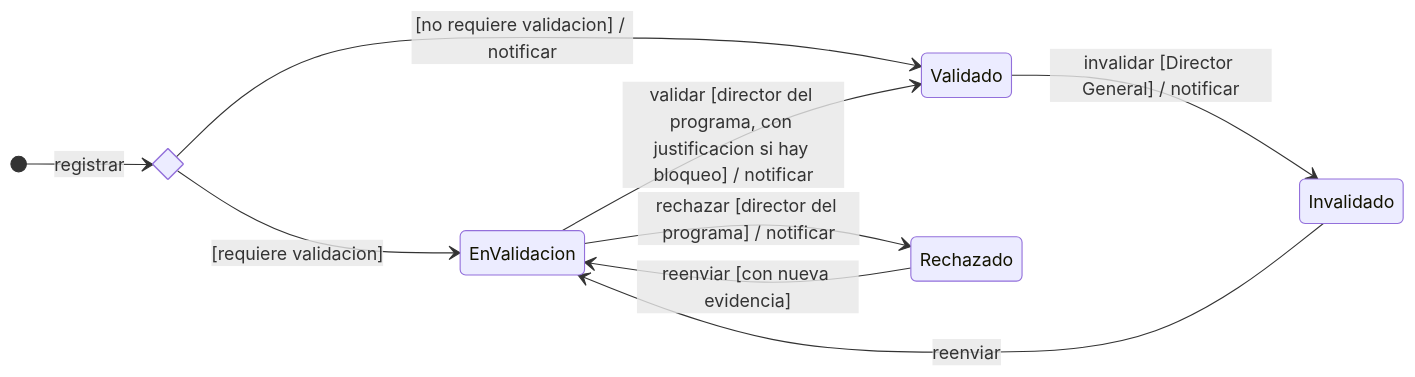
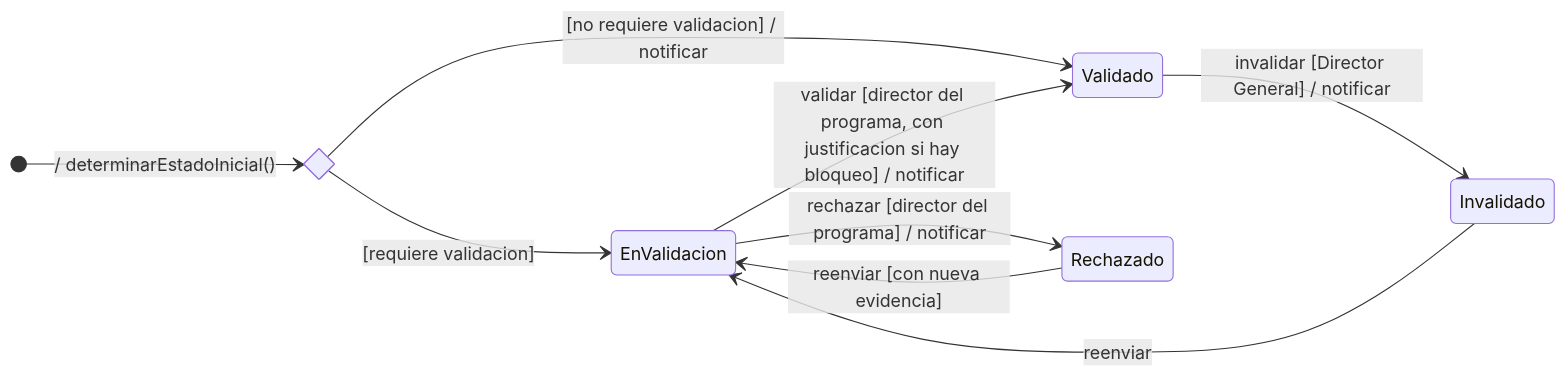
One commit to Victorflores06/PLEAS-Tracker- changed the second of 2 diagrams in docs/arch/diagrama_estados.md. Above: the diagram before and after it, drawn with Mermaid. The commit also changed other lines of this file, not shown here.

````diff
--- a/docs/arch/diagrama_estados.md
+++ b/docs/arch/diagrama_estados.md
@@ -34,20 +34,20 @@
 ```mermaid
 stateDiagram-v2
     %% Ciclo de vida de un RegistroAvance (modulo Validacion de actividades)
     %% Etiquetas: evento [guarda] / accion
     %% Trazabilidad: RF-006, RF-007, RF-008, RF-009, RF-010, RF-011, RF-016, RF-026, RF-027
     direction LR
     state requiere <<choice>>
-
-    [*] --> requiere: registrar
+ 
+    [*] --> requiere: / determinarEstadoInicial()
     requiere --> EnValidacion: [requiere validacion]
     requiere --> Validado: [no requiere validacion] / notificar
-
+ 
     EnValidacion --> Validado: validar [director del programa, con justificacion si hay bloqueo] / notificar
     EnValidacion --> Rechazado: rechazar [director del programa] / notificar
-
+ 
     Validado --> Invalidado: invalidar [Director General] / notificar
-
+ 
     Rechazado --> EnValidacion: reenviar [con nueva evidencia]
     Invalidado --> EnValidacion: reenviar
 ```
````
